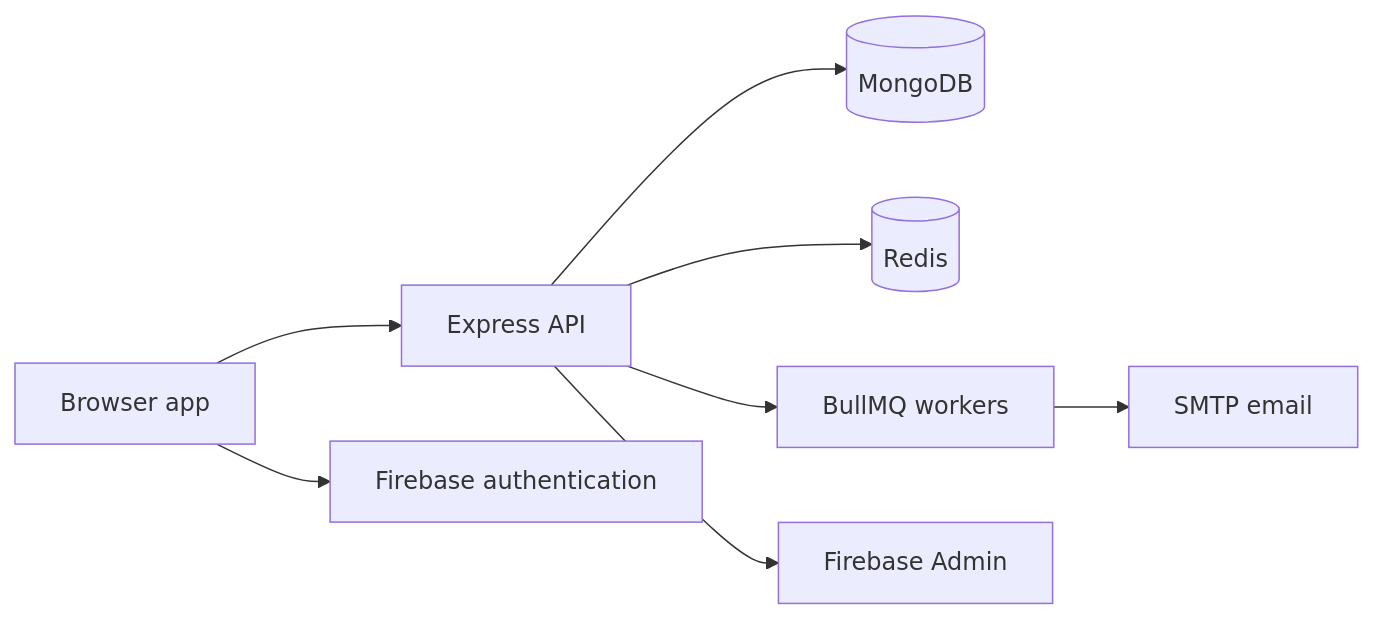
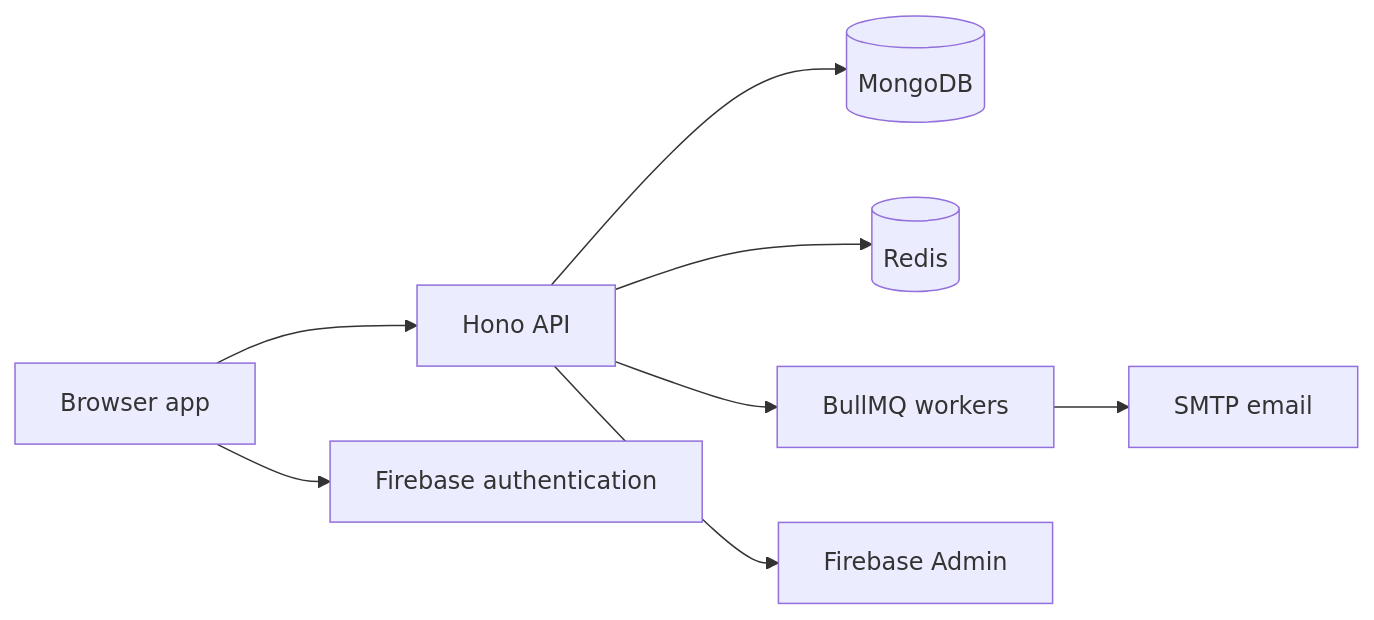
One commit to voltcrash/oxytype changed the diagram in docs/ARCHITECTURE.md. Above: the diagram before and after it, drawn with Mermaid. The commit also changed other lines of this file and 1 other file, not shown here.

Commit message:
docs(backend): describe Hono architecture and stats migration

````diff
--- a/docs/ARCHITECTURE.md
+++ b/docs/ARCHITECTURE.md
@@ -35,10 +51,10 @@
 ```mermaid
 flowchart LR
-  Browser[Browser app] --> API[Express API]
+  Browser[Browser app] --> API[Hono API]
   Browser --> Firebase[Firebase authentication]
   API --> Mongo[(MongoDB)]
   API --> Redis[(Redis)]
   API --> Queue[BullMQ workers]
   API --> Admin[Firebase Admin]
   Queue --> Mail[SMTP email]
 ```
````
